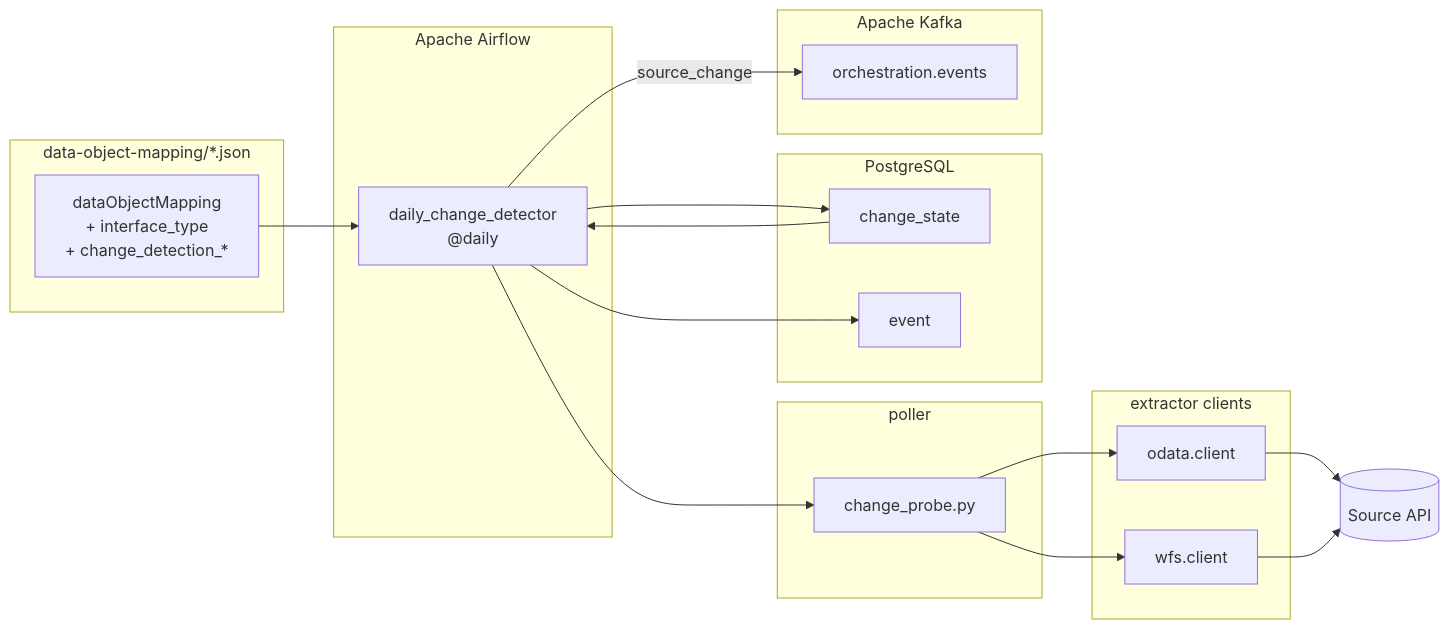
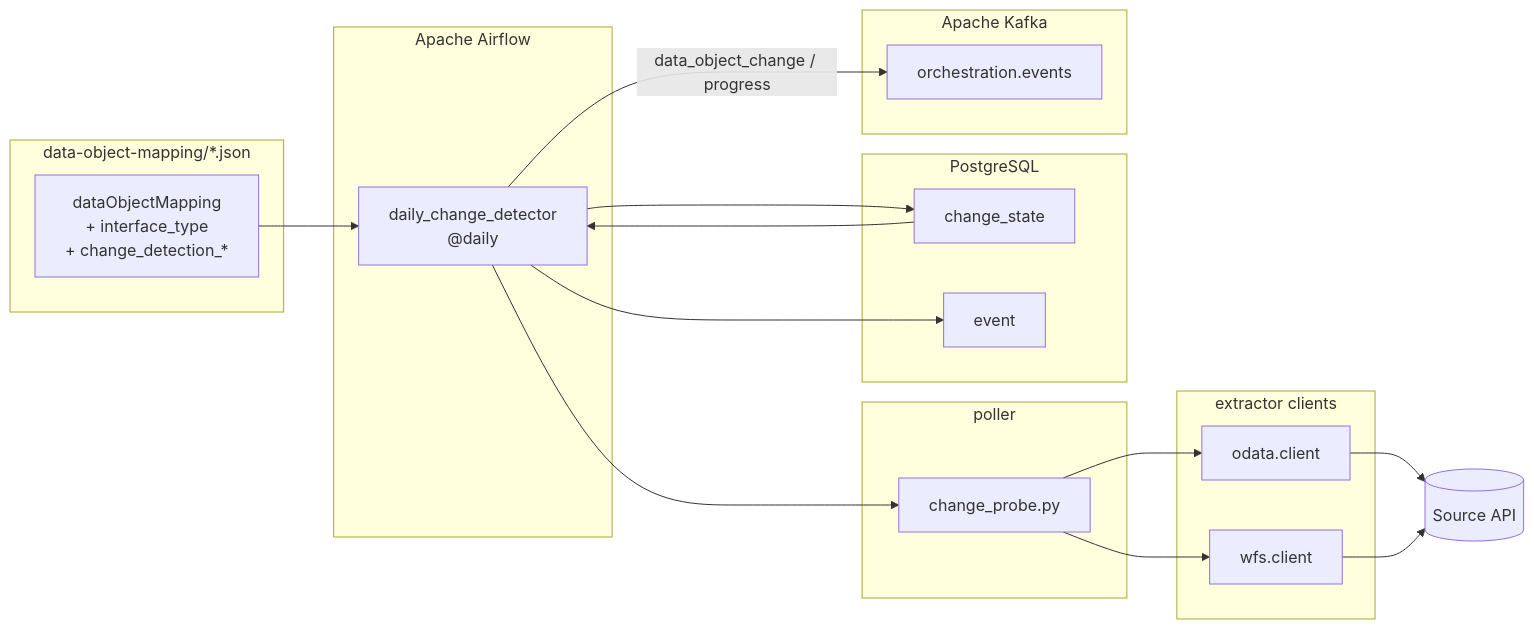
One commit to basvdberg/data-solution-2026 changed the diagram in plan/data-object-poller/airflow-kafka.md. Above: the diagram before and after it, drawn with Mermaid. The commit also changed other lines of this file and 26 other files, not shown here.

First line of the commit message:
Add poller with data_object_change and data_object_progress events.

````diff
--- a/plan/data-object-poller/airflow-kafka.md
+++ b/plan/data-object-poller/airflow-kafka.md
@@ -156,35 +171,35 @@
 ```mermaid
 flowchart LR
     subgraph cfg["data-object-mapping/*.json"]
         DOM["dataObjectMapping\n+ interface_type\n+ change_detection_*"]
     end
     subgraph lib["poller"]
         CP[change_probe.py]
     end
     subgraph ex["extractor clients"]
         OD[odata.client]
         WF[wfs.client]
     end
     subgraph pg["PostgreSQL"]
         CS[change_state]
         EV[event]
     end
     subgraph af["Apache Airflow"]
         D1["daily_change_detector\n@daily"]
     end
     subgraph kf["Apache Kafka"]
         TE["orchestration.events"]
     end
     SRC[(Source API)]
 
     DOM --> D1
     D1 --> CP
     CP --> OD
     CP --> WF
     OD --> SRC
     WF --> SRC
     CS  --> D1
-    D1  -->|source_change| TE
+    D1  -->|data_object_change / progress| TE
     D1  --> CS
     D1  --> EV
 ```
````
